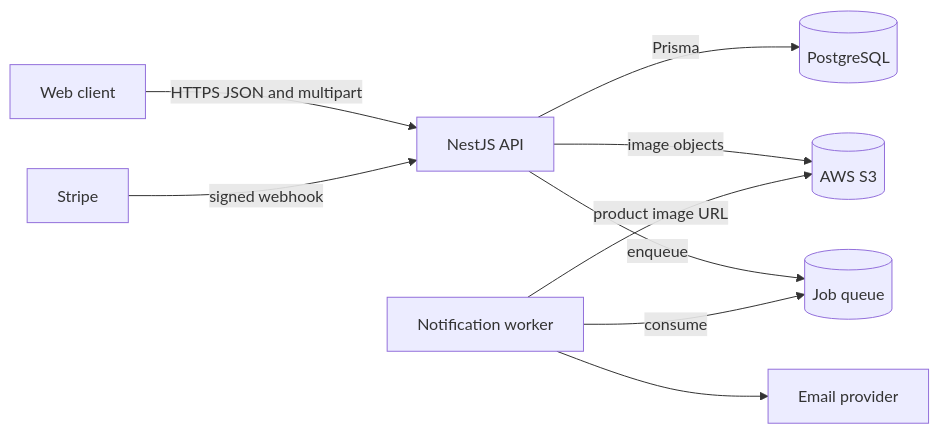
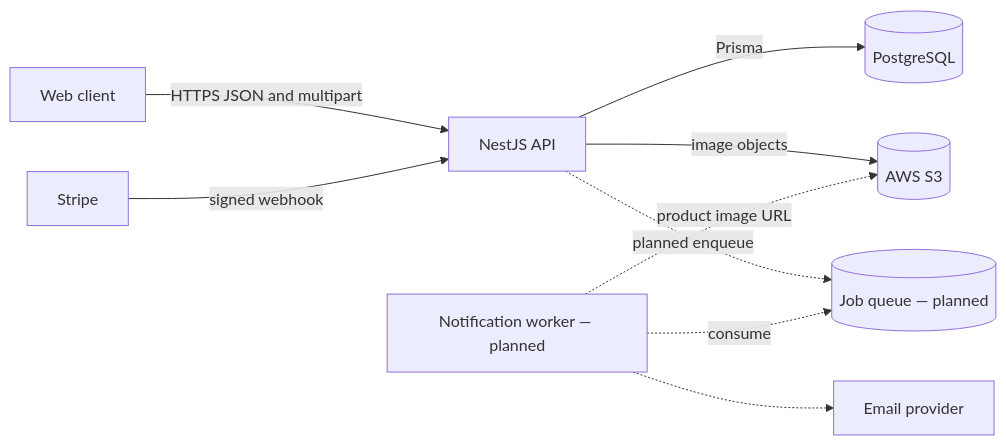
Before and after one commit to Alejandroq12/tshirt-store-api: the diagram in docs/architecture.md, drawn with Mermaid. The commit also changed other lines of this file and 2 other files, not shown here.

Commit message:
docs: defer the queue-dependent payment steps to the notification section

````diff
--- a/docs/architecture.md
+++ b/docs/architecture.md
@@ -9,11 +9,11 @@
 ```mermaid
 flowchart LR
   Web[Web client] -->|HTTPS JSON and multipart| API[NestJS API]
   Stripe[Stripe] -->|signed webhook| API
   API -->|Prisma| DB[(PostgreSQL)]
   API -->|image objects| S3[(AWS S3)]
-  API -->|enqueue| Queue[(Job queue)]
-  Worker[Notification worker] -->|consume| Queue
-  Worker -->|product image URL| S3
-  Worker --> Email[Email provider]
+  API -.->|planned enqueue| Queue[(Job queue — planned)]
+  Worker[Notification worker — planned] -.->|consume| Queue
+  Worker -.->|product image URL| S3
+  Worker -.-> Email[Email provider]
 ```
````
